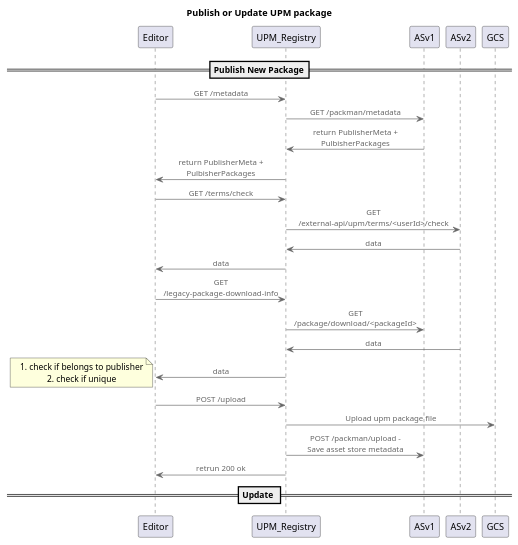
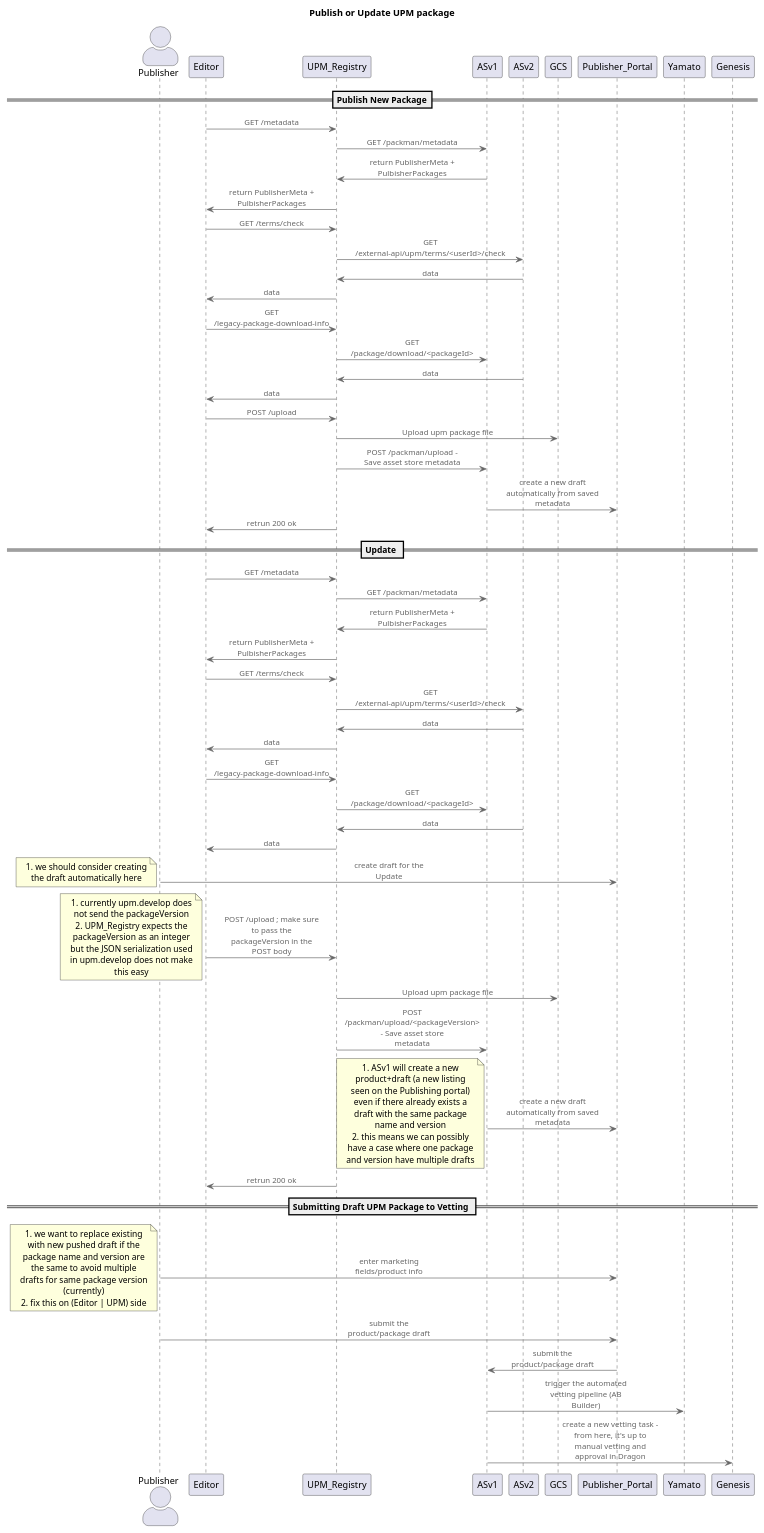
Before and after one commit to etherElric/upm-assetstore-offsite-docs: the diagram in publish_update_upm_package/publish_new_upm_package.puml, drawn with PlantUML.

Commit message:
sequence chart updates

```diff
--- a/publish_update_upm_package/publish_new_upm_package.puml
+++ b/publish_update_upm_package/publish_new_upm_package.puml
@@ -1,39 +1,86 @@
 @startuml "refund-requests-api-flow"
 !include https://raw.githubusercontent.com/plantuml-stdlib/C4-PlantUML/master/C4_Component.puml
 
 title Publish or Update UPM package
+actor Publisher as Publisher
 
 == Publish New Package==
 
 
 Editor -> UPM_Registry : GET /metadata
 UPM_Registry -> ASv1 : GET /packman/metadata
 ASv1 -> UPM_Registry : return PublisherMeta + PulbisherPackages
 UPM_Registry -> Editor: return PublisherMeta + PulbisherPackages
 
 Editor -> UPM_Registry : GET /terms/check
 UPM_Registry -> ASv2 : GET /external-api/upm/terms/<userId>/check
 ASv2 ->  UPM_Registry: data
 UPM_Registry -> Editor : data
 
 Editor -> UPM_Registry : GET /legacy-package-download-info
 UPM_Registry -> ASv1 : GET /package/download/<packageId>
 ASv2 ->  UPM_Registry: data
 UPM_Registry -> Editor : data
 
-note left 
-    1. check if belongs to publisher 
-    2. check if unique 
-end note
-
 Editor -> UPM_Registry : POST /upload
 UPM_Registry -> GCS : Upload upm package file
 UPM_Registry -> ASv1 : POST /packman/upload - Save asset store metadata
+ASv1 -> Publisher_Portal : create a new draft automatically from saved metadata
 UPM_Registry -> Editor: retrun 200 ok
 
 == Update ==
 
+Editor -> UPM_Registry : GET /metadata
+UPM_Registry -> ASv1 : GET /packman/metadata
+ASv1 -> UPM_Registry : return PublisherMeta + PulbisherPackages
+UPM_Registry -> Editor: return PublisherMeta + PulbisherPackages
 
+Editor -> UPM_Registry : GET /terms/check
+UPM_Registry -> ASv2 : GET /external-api/upm/terms/<userId>/check
+ASv2 ->  UPM_Registry: data
+UPM_Registry -> Editor : data
 
+Editor -> UPM_Registry : GET /legacy-package-download-info
+UPM_Registry -> ASv1 : GET /package/download/<packageId>
+ASv2 ->  UPM_Registry: data
+UPM_Registry -> Editor : data
+
+Publisher -> Publisher_Portal : create draft for the Update
+
+note left
+    1. we should consider creating the draft automatically here
+end note
+
+Editor -> UPM_Registry : POST /upload ; make sure to pass the packageVersion in the POST body
+
+note left
+    1. currently upm.develop does not send the packageVersion
+    2. UPM_Registry expects the packageVersion as an integer but the JSON serialization used in upm.develop does not make this easy
+end note
+
+UPM_Registry -> GCS : Upload upm package file
+UPM_Registry -> ASv1 : POST /packman/upload/<packageVersion> - Save asset store metadata
+ASv1 -> Publisher_Portal : create a new draft automatically from saved metadata
+
+note left
+    1. ASv1 will create a new product+draft (a new listing seen on the Publishing portal) even if there already exists a draft with the same package name and version 
+    2. this means we can possibly have a case where one package and version have multiple drafts
+end note
+
+UPM_Registry -> Editor: retrun 200 ok
+
+== Submitting Draft UPM Package to Vetting ==
+
+Publisher -> Publisher_Portal : enter marketing fields/product info
+
+note left
+    1. we want to replace existing  with new pushed draft if the package name and version are the same to avoid multiple drafts for same package version (currently)
+    2. fix this on (Editor | UPM) side
+end note
+
+Publisher -> Publisher_Portal : submit the product/package draft
+Publisher_Portal -> ASv1 : submit the product/package draft
+ASv1 -> Yamato : trigger the automated vetting pipeline (AB Builder)
+ASv1 -> Genesis : create a new vetting task - from here, it's up to manual vetting and approval in Dragon
 
 @enduml
```
